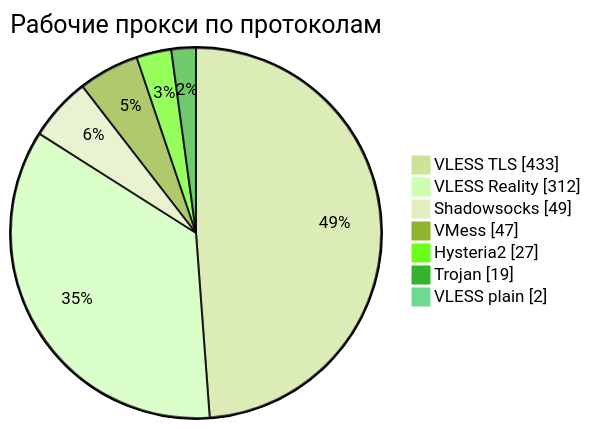
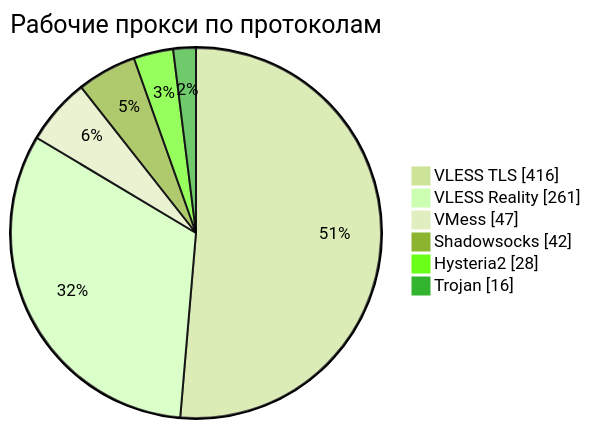
The third of 4 diagrams in README.md (rvvg/proxy-subs), drawn with Mermaid (forest theme) before and after one commit. The commit also changed other lines of this file and 51 other files, not shown here.

````diff
--- a/README.md
+++ b/README.md
@@ -139,11 +137,10 @@
 ```mermaid
 pie showData
     title Рабочие прокси по протоколам
-    "VLESS TLS" : 433
-    "VLESS Reality" : 312
-    "Shadowsocks" : 49
+    "VLESS TLS" : 416
+    "VLESS Reality" : 261
     "VMess" : 47
-    "Hysteria2" : 27
-    "Trojan" : 19
-    "VLESS plain" : 2
+    "Shadowsocks" : 42
+    "Hysteria2" : 28
+    "Trojan" : 16
 ```
````
